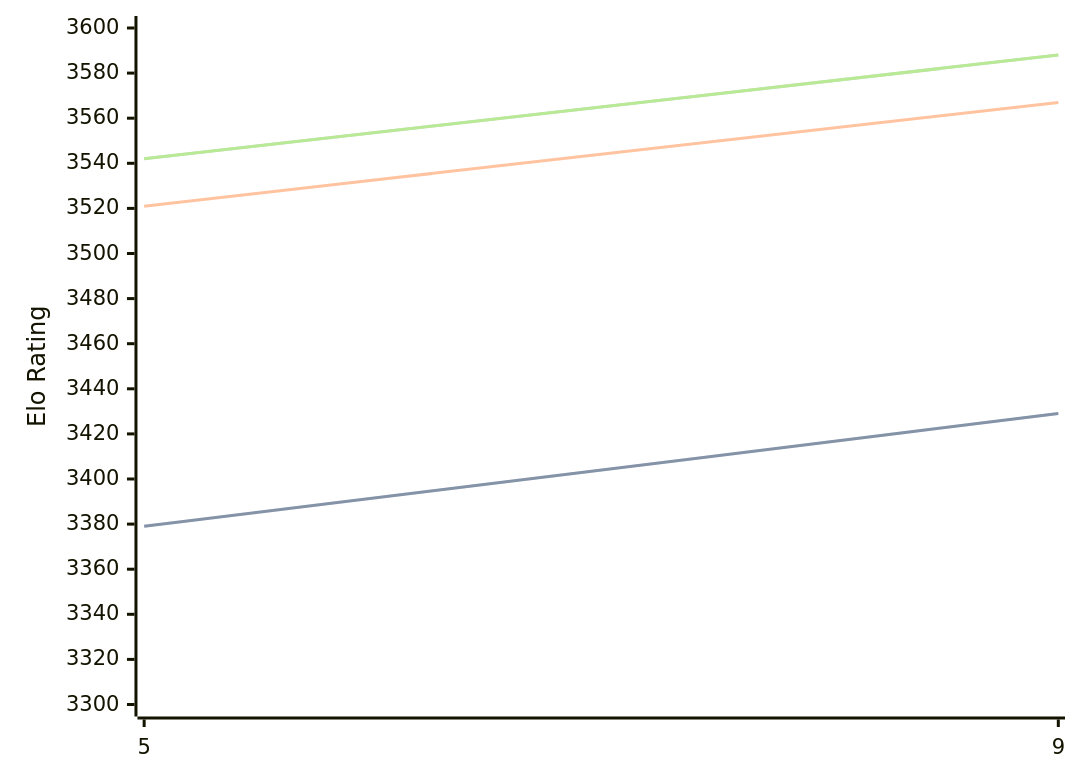
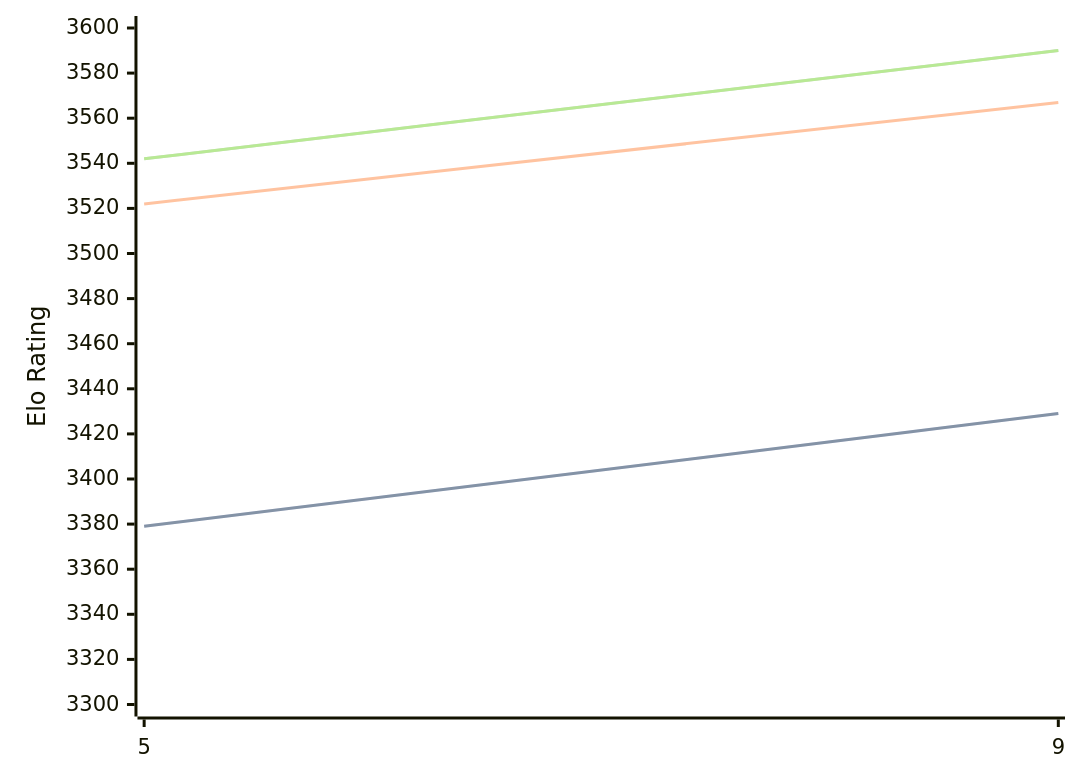
The diagram in engines/Crystal.md (computer-chess-index/cci), drawn with Mermaid before and after one commit. The commit also changed other lines of this file, not shown here.

Commit message:
Update CCI Ratings (ELO VLTC) - 2026-08-29

````diff
--- a/engines/Crystal.md
+++ b/engines/Crystal.md
@@ -32,11 +32,11 @@
 ```mermaid
 %%{init: {"theme":"base","themeVariables":{"seriesColors:['#a3a3a3','#222221','#faa371']}}}%%
 xychart-beta
   x-axis ["5", "9"]
   y-axis "Elo Rating" 3300 --> 3600
   line "" [3379, 3429]
   line "STC (8.0+0.08s)" [3379, 3429]
-  line "LTC (60.0+0.60s)" [3521, 3567]
-  line "" [3542, 3588]
-  line "VLTC (2m24s+1.12s)" [3542, 3588]
+  line "LTC (60.0+0.60s)" [3522, 3567]
+  line "" [3542, 3590]
+  line "VLTC (2m24s+1.12s)" [3542, 3590]
 ```
````
